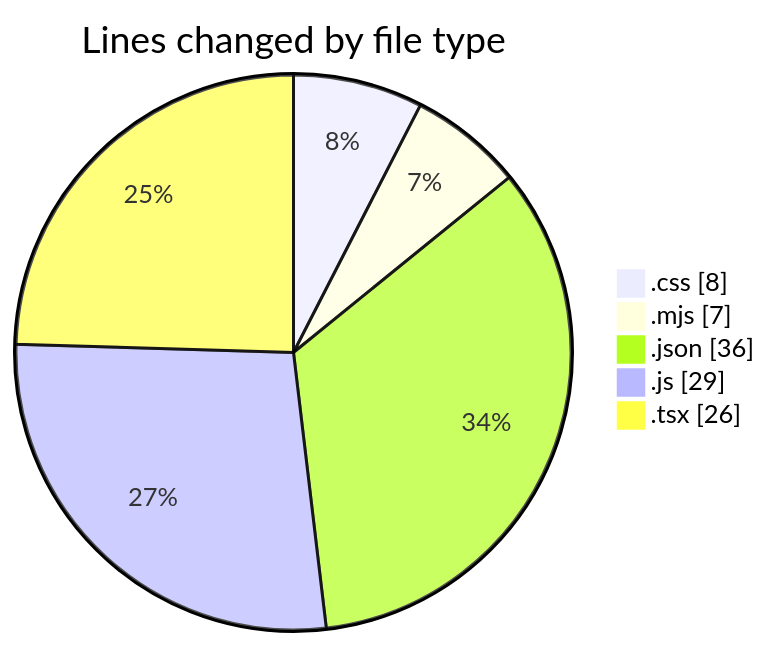
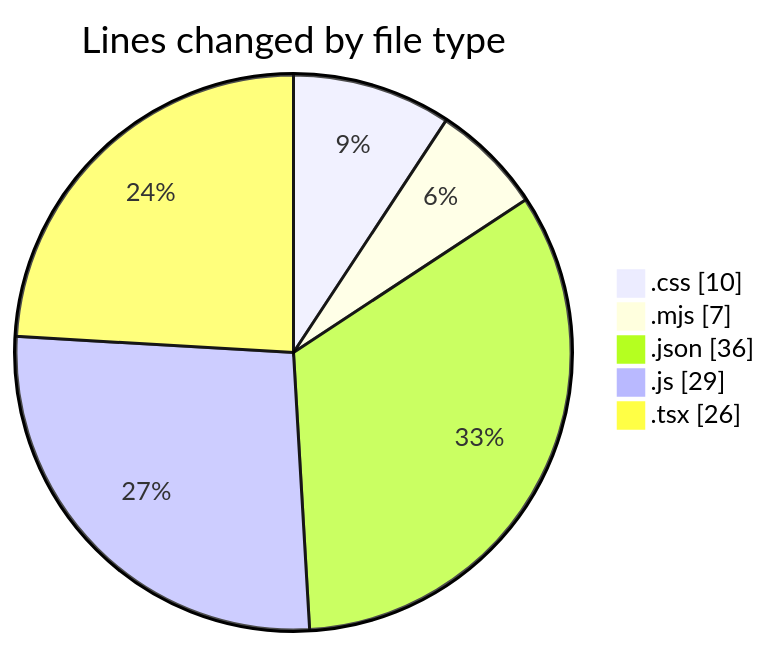
The first of 2 diagrams in 2025-06-23/scopecraft/README.md (Ritupan-Deka/code-tracking), drawn with Mermaid before and after one commit. The commit also changed other lines of this file and 1 other file, not shown here.

````diff
--- a/2025-06-23/scopecraft/README.md
+++ b/2025-06-23/scopecraft/README.md
@@ -24,9 +24,9 @@
 ```mermaid
 pie showData
 title Lines changed by file type
-".css" : 8
+".css" : 10
 ".mjs" : 7
 ".json" : 36
 ".js" : 29
 ".tsx" : 26
 ```
````
